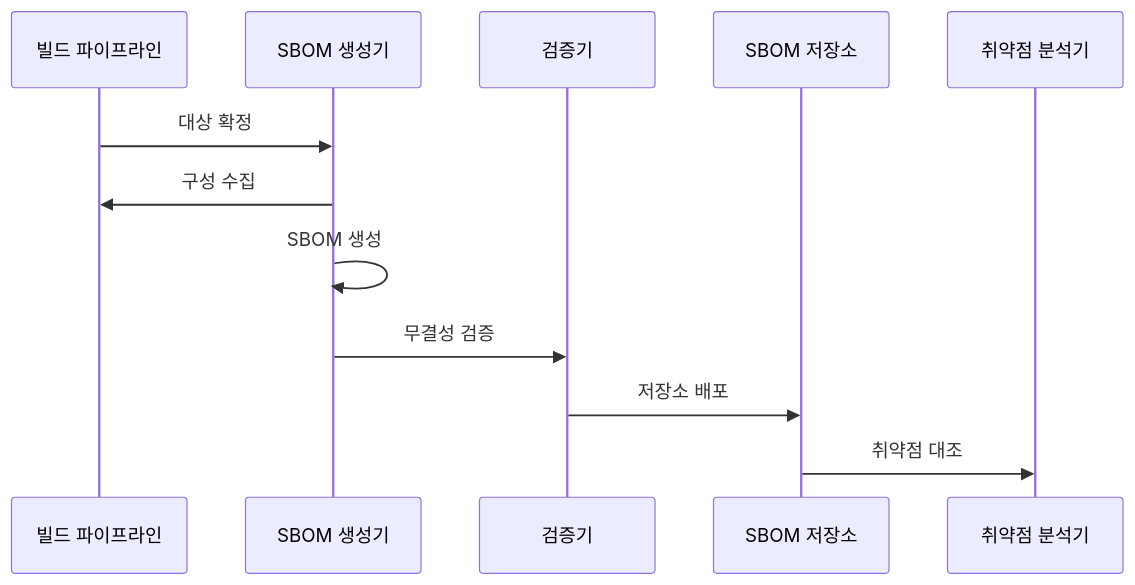
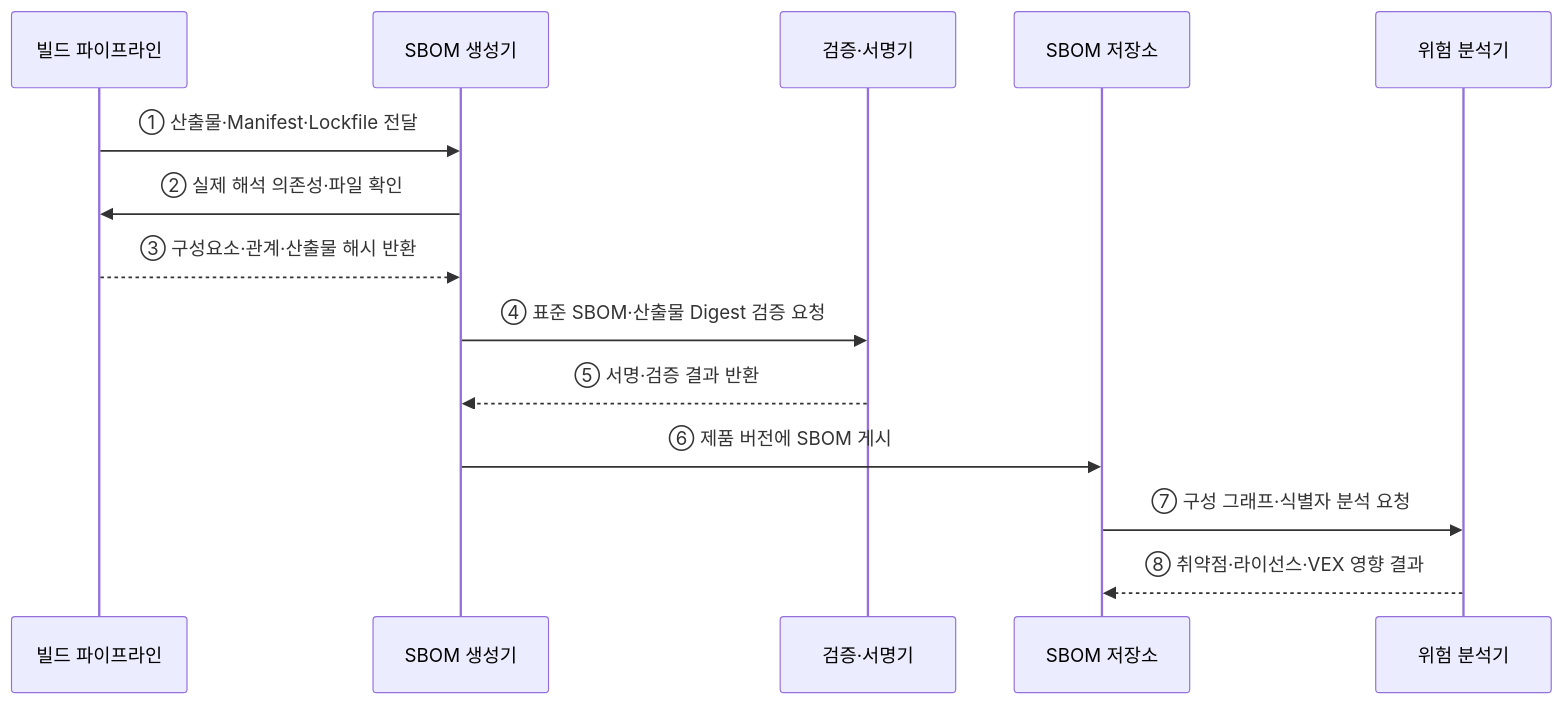
The second of 2 diagrams in src/content/docs/notes/03-software/183_sbom.md (agnusdei1207/knowledge-base), drawn with Mermaid before and after one commit. The commit also changed other lines of this file and 12 other files, not shown here.

````diff
--- a/src/content/docs/notes/03-software/183_sbom.md
+++ b/src/content/docs/notes/03-software/183_sbom.md
@@ -78,14 +72,16 @@
 ```mermaid
 sequenceDiagram
     participant B as 빌드 파이프라인
     participant G as SBOM 생성기
-    participant V as 검증기
+    participant V as 검증·서명기
     participant R as SBOM 저장소
-    participant A as 취약점 분석기
-    B->>G: 대상 확정
-    G->>B: 구성 수집
-    G->>G: SBOM 생성
-    G->>V: 무결성 검증
-    V->>R: 저장소 배포
-    R->>A: 취약점 대조
+    participant A as 위험 분석기
+    B->>G: ① 산출물·Manifest·Lockfile 전달
+    G->>B: ② 실제 해석 의존성·파일 확인
+    B-->>G: ③ 구성요소·관계·산출물 해시 반환
+    G->>V: ④ 표준 SBOM·산출물 Digest 검증 요청
+    V-->>G: ⑤ 서명·검증 결과 반환
+    G->>R: ⑥ 제품 버전에 SBOM 게시
+    R->>A: ⑦ 구성 그래프·식별자 분석 요청
+    A-->>R: ⑧ 취약점·라이선스·VEX 영향 결과
 ```
````
